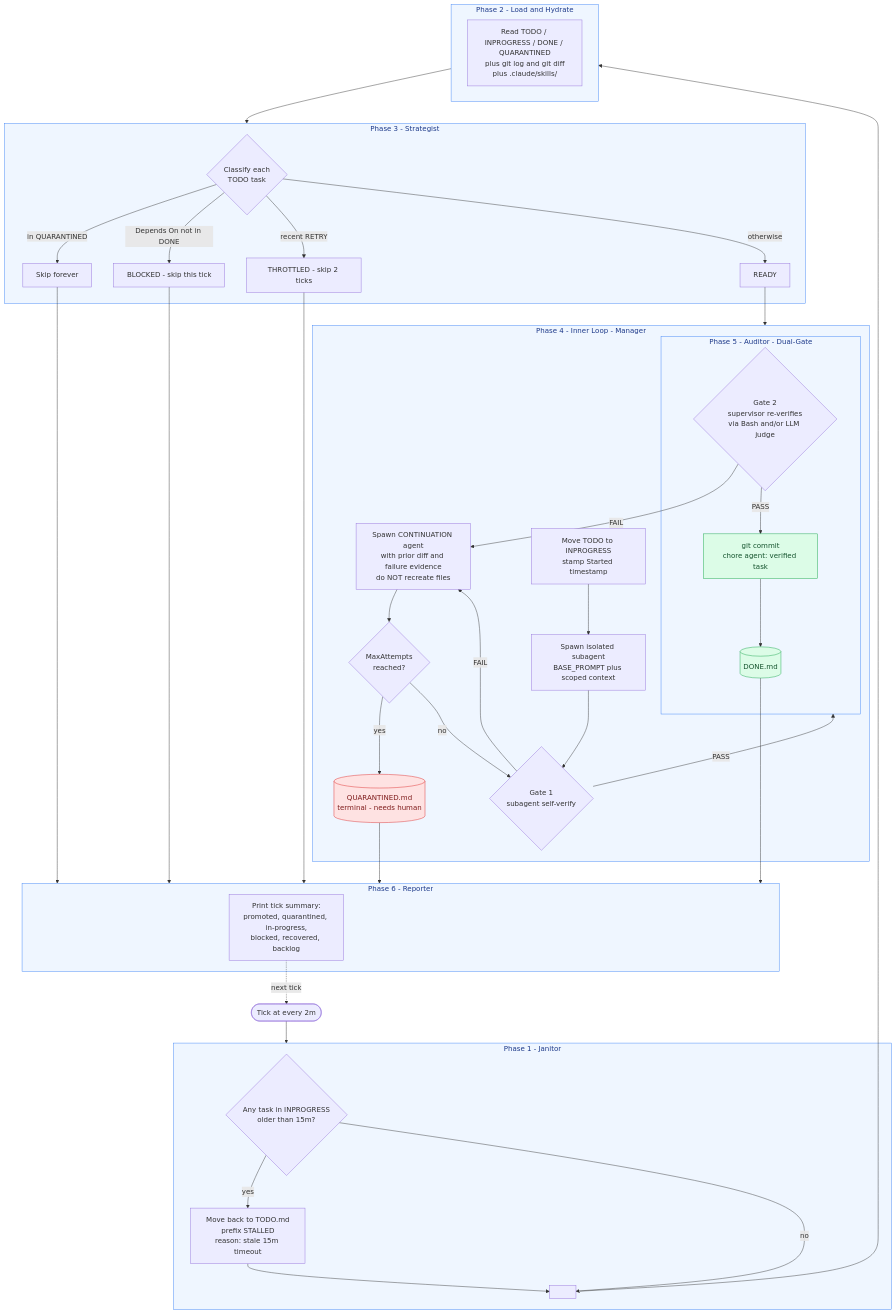
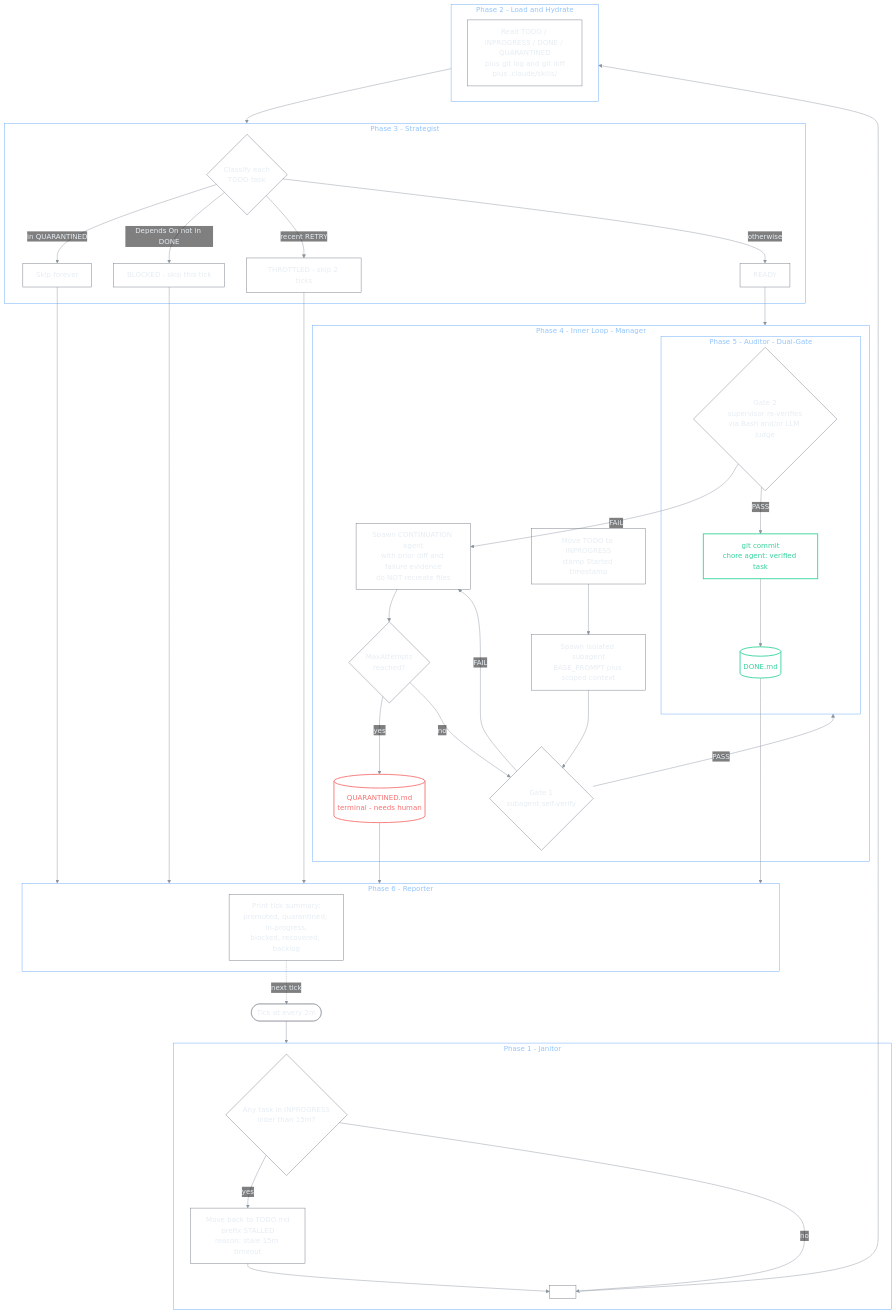
Before and after one commit to AliSharjeell/LoopEngineering-ClaudeCode-Kanban-Plugin: the diagram in README.md, drawn with Mermaid.

Commit message:
docs: Mermaid diagram - transparent background, theme-aware colors for light/dark mode

````diff
--- a/README.md
+++ b/README.md
@@ -20,67 +20,68 @@
 ```mermaid
+%%{init: {'theme': 'base', 'themeVariables': {'background': 'transparent', 'primaryColor': 'transparent', 'primaryTextColor': '#e6edf3', 'primaryBorderColor': '#6e7681', 'lineColor': '#8b949e', 'tertiaryColor': 'transparent', 'clusterBkg': 'transparent', 'clusterBorder': '#6e7681', 'edgeLabelBackground': 'transparent', 'mainBkg': 'transparent'}}}%%
 flowchart TD
     Tick(["Tick at every 2m"])
     Tick --> P1
 
     subgraph P1["Phase 1 - Janitor"]
         Stale{"Any task in INPROGRESS<br/>older than 15m?"}
         Stale -- yes --> Recover["Move back to TODO.md<br/>prefix STALLED<br/>reason: stale 15m timeout"]
         Stale -- no --> P2trigger[" "]
         Recover --> P2trigger
     end
 
     P2trigger --> P2
 
     subgraph P2["Phase 2 - Load and Hydrate"]
         Load["Read TODO / INPROGRESS / DONE / QUARANTINED<br/>plus git log and git diff<br/>plus .claude/skills/"]
     end
 
     P2 --> P3
 
     subgraph P3["Phase 3 - Strategist"]
         Classify{"Classify each<br/>TODO task"}
         Classify -- "in QUARANTINED" --> Skip1["Skip forever"]
         Classify -- "Depends On not in DONE" --> Skip2["BLOCKED - skip this tick"]
         Classify -- "recent RETRY" --> Skip3["THROTTLED - skip 2 ticks"]
         Classify -- "otherwise" --> Ready["READY"]
     end
 
     Ready --> P4
 
     subgraph P4["Phase 4 - Inner Loop - Manager"]
         Move["Move TODO to INPROGRESS<br/>stamp Started timestamp"]
         Move --> Spawn["Spawn isolated subagent<br/>BASE_PROMPT plus scoped context"]
         Spawn --> SelfCheck{"Gate 1<br/>subagent self-verify"}
         SelfCheck -- FAIL --> Continuation["Spawn CONTINUATION agent<br/>with prior diff and failure evidence<br/>do NOT recreate files"]
         Continuation --> Cap{"MaxAttempts<br/>reached?"}
         Cap -- yes --> Quarantine[("QUARANTINED.md<br/>terminal - needs human")]
         Cap -- no --> SelfCheck
         SelfCheck -- PASS --> P5
     end
 
     subgraph P5["Phase 5 - Auditor - Dual-Gate"]
         Gate2{"Gate 2<br/>supervisor re-verifies<br/>via Bash and/or LLM judge"}
         Gate2 -- FAIL --> Continuation
         Gate2 -- PASS --> Commit["git commit<br/>chore agent: verified task"]
         Commit --> Done[("DONE.md")]
     end
 
     Done --> P6
     Quarantine --> P6
     Skip1 --> P6
     Skip2 --> P6
     Skip3 --> P6
 
     subgraph P6["Phase 6 - Reporter"]
         Summary["Print tick summary:<br/>promoted, quarantined, in-progress,<br/>blocked, recovered, backlog"]
     end
 
     Summary -.next tick.-> Tick
 
-    classDef terminal fill:#fee2e2,stroke:#dc2626,color:#7f1d1d
-    classDef success fill:#dcfce7,stroke:#16a34a,color:#14532d
-    classDef phase fill:#eff6ff,stroke:#3b82f6,color:#1e3a8a
+    classDef terminal fill:none,stroke:#f87171,stroke-width:2px,color:#f87171
+    classDef success fill:none,stroke:#34d399,stroke-width:2px,color:#34d399
+    classDef phase fill:none,stroke:#60a5fa,stroke-width:1px,color:#93c5fd
     class Quarantine terminal
     class Done,Commit success
     class P1,P2,P3,P4,P5,P6 phase
 ```
````
